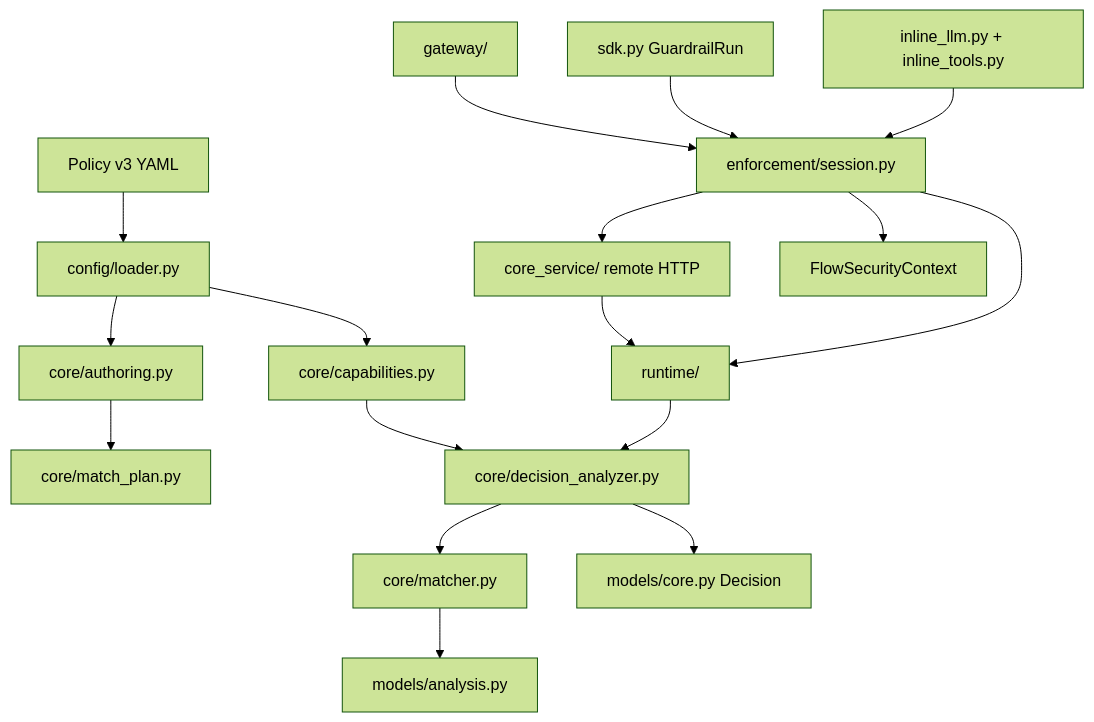
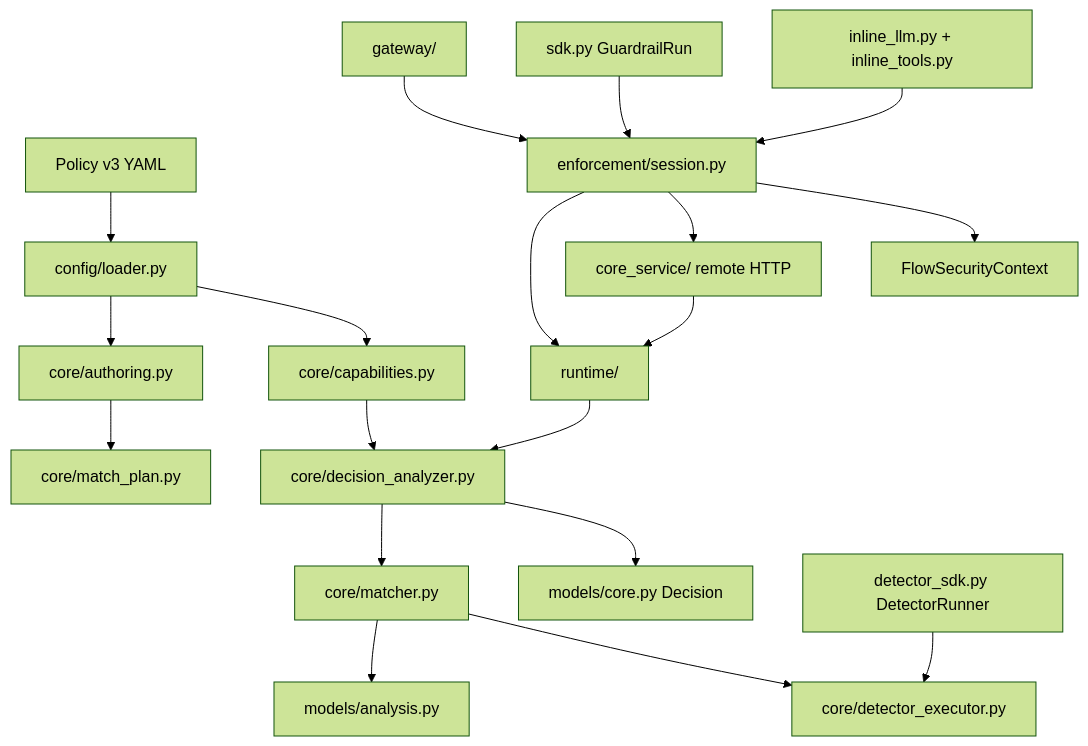
Before and after one commit to cipeizheng/agent-guardrail: the diagram in docs/contributing.md, drawn with Mermaid (forest theme). The commit also changed other lines of this file and 15 other files, not shown here.

Commit message:
feat: add direct detector SDK

````diff
--- a/docs/contributing.md
+++ b/docs/contributing.md
@@ -20,19 +20,21 @@
 ```mermaid
 flowchart TD
     YAML[Policy v3 YAML] --> Loader[config/loader.py]
     Loader --> Author[core/authoring.py]
     Author --> Plan[core/match_plan.py]
     Loader --> Cap[core/capabilities.py]
     Cap --> Analyzer[core/decision_analyzer.py]
     Analyzer --> Matcher[core/matcher.py]
     Matcher --> Report[models/analysis.py]
     Analyzer --> Decision[models/core.py Decision]
     Runtime[runtime/] --> Analyzer
     Remote[core_service/ remote HTTP] --> Runtime
     Gateway[gateway/] --> Session[enforcement/session.py]
+    Direct[detector_sdk.py DetectorRunner] --> DetectorExec[core/detector_executor.py]
     SDK[sdk.py GuardrailRun] --> Session
     Inline[inline_llm.py + inline_tools.py] --> Session
     Session --> Runtime
     Session --> Remote
     Session --> Security[FlowSecurityContext]
+    Matcher --> DetectorExec
 ```
````
